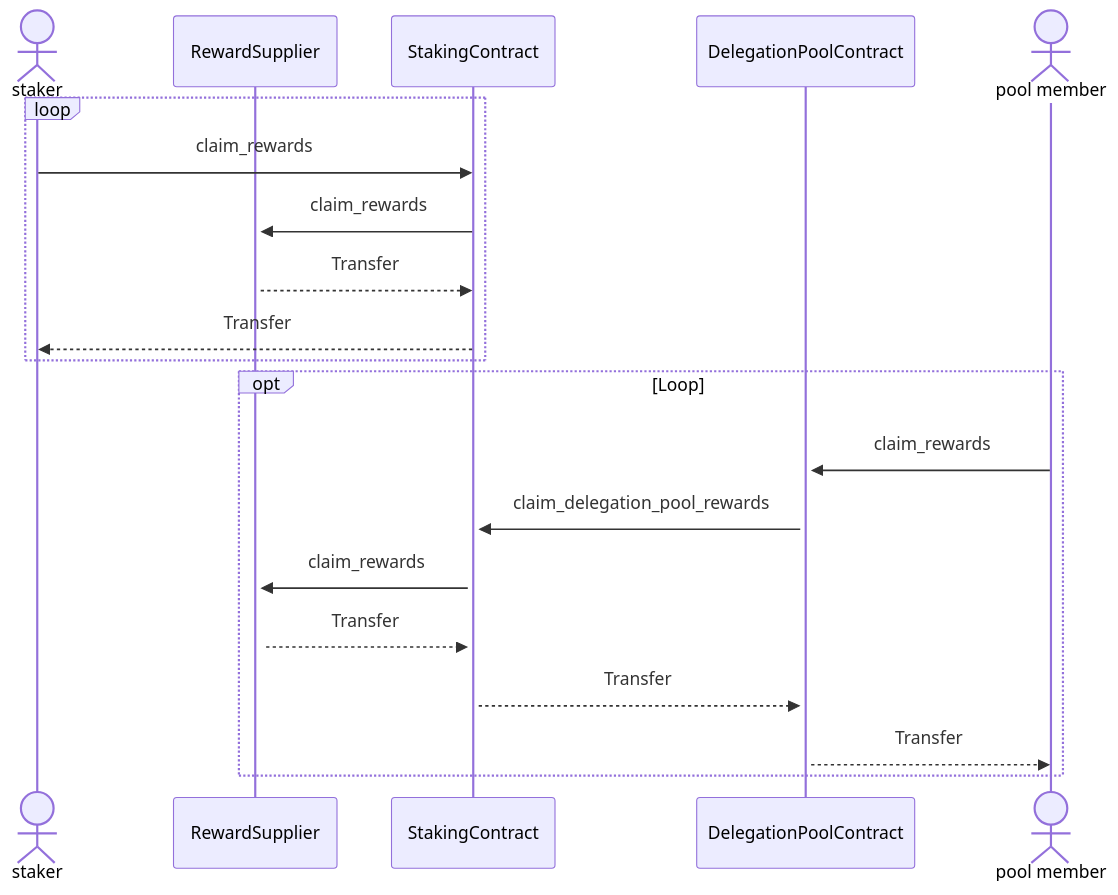
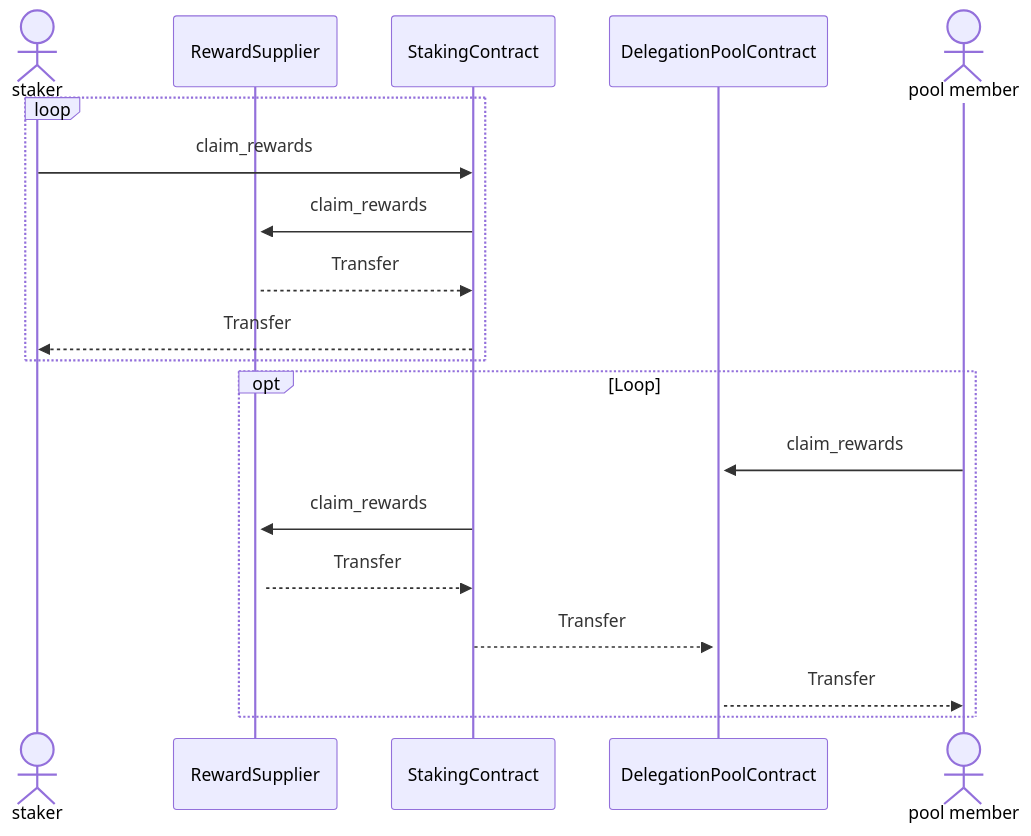
The fifth of 8 diagrams in workspace/apps/staking/docs/spec.md (starkware-libs/starknet-staking), drawn with Mermaid before and after one commit. The commit also changed other lines of this file and 5 other files, not shown here.

Commit message:
feat(staking): remove claim_delegation_pool_rewards function (#3495)

````diff
--- a/workspace/apps/staking/docs/spec.md
+++ b/workspace/apps/staking/docs/spec.md
@@ -382,22 +380,21 @@
 ```mermaid
 sequenceDiagram
   actor staker
   participant RewardSupplier
   participant StakingContract
   participant DelegationPoolContract
   actor pool member
   Loop
     staker ->> StakingContract: claim_rewards
     StakingContract ->>+ RewardSupplier: claim_rewards
     RewardSupplier -->> StakingContract: Transfer
     StakingContract -->> staker: Transfer
   end
   opt Loop
     pool member ->>+ DelegationPoolContract: claim_rewards
-    DelegationPoolContract ->>+ StakingContract: claim_delegation_pool_rewards
     StakingContract ->>+ RewardSupplier: claim_rewards
     RewardSupplier -->> StakingContract: Transfer
     StakingContract -->> DelegationPoolContract: Transfer
     DelegationPoolContract -->> pool member: Transfer
   end
 ```
````
